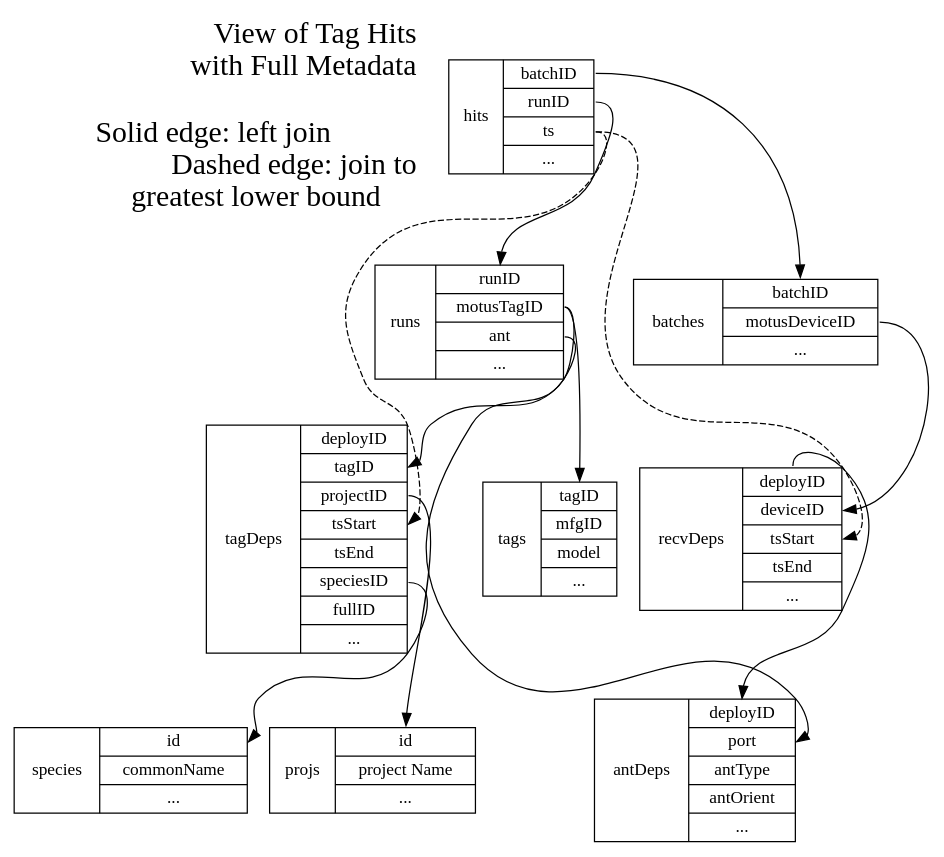
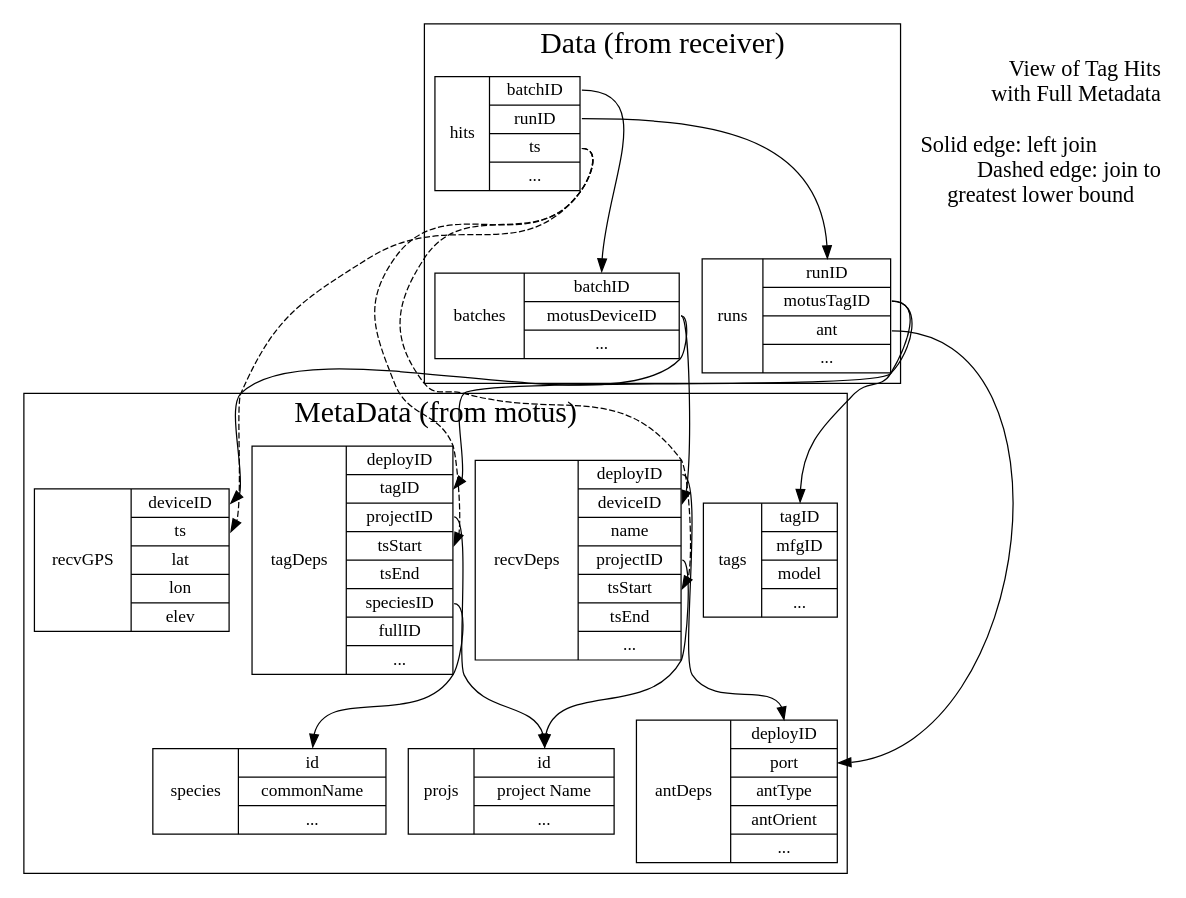
Before and after one commit to MotusWTS/motusServer: the diagram in src/tags_view_graph.dot, drawn with Graphviz. The commit also changed 1 other file, not shown here.

Commit message:
update join diagram to match tagview.R

```diff
--- a/src/tags_view_graph.dot
+++ b/src/tags_view_graph.dot
@@ -1,23 +1,35 @@
 digraph tags_join {
-        title [label="View of Tag Hits\rwith Full Metadata\r\lSolid edge: left join\lDashed edge: join to\rgreatest lower bound", shape=none, fontsize=24];
-        runs [shape=record,label="runs|{<runID>runID|<motusTagID>motusTagID|<ant>ant|...}"];
-        batches [shape=record,label="batches|{<batchID>batchID|<motusDeviceID>motusDeviceID|...}"];
-        hits [shape=record,label="hits|{<batchID>batchID|<runID>runID|<ts>ts|...}"];
-        tags [shape=record,label="tags|{<tagID>tagID|mfgID|model|...}"];
-        projs [shape=record,label="projs|{<id>id|project Name|...}"];
-        tagDeps [shape=record,label="tagDeps|{<deployID> deployID|<tagID>tagID|<projectID>projectID|<tsStart>tsStart|<tsEnd> tsEnd|<speciesID> speciesID|<fullID>fullID|...}"];
-        species [shape=record,label="species|{<id>id|commonName|...}"];
-        recvDeps [shape=record,label="recvDeps|{<deployID>deployID | <deviceID> deviceID|<tsStart> tsStart|<tsEnd> tsEnd|...}"];
-        antDeps [shape=record,label="antDeps|{<deployID>deployID |<port> port|<antType> antType|<antOrient> antOrient|...}"];
+        subgraph cluster_data {
+                runs [shape=record,label="runs|{<runID>runID|<motusTagID>motusTagID|<ant>ant|...}"];
+                batches [shape=record,label="batches|{<batchID>batchID|<motusDeviceID>motusDeviceID|...}"];
+                hits [shape=record,label="hits|{<batchID>batchID|<runID>runID|<ts>ts|...}"];
+                graph[label="Data (from receiver)", center=1, fontsize=24]
+        };
+        subgraph cluster_metadata {
+                tags [shape=record,label="tags|{<tagID>tagID|mfgID|model|...}"];
+                projs [shape=record,label="projs|{<id>id|project Name|...}"];
+                tagDeps [shape=record,label="tagDeps|{<deployID> deployID|<tagID>tagID|<projectID>projectID|<tsStart>tsStart|<tsEnd> tsEnd|<speciesID> speciesID|<fullID>fullID|...}"];
+                species [shape=record,label="species|{<id>id|commonName|...}"];
+                recvDeps [shape=record,label="recvDeps|{<deployID>deployID | <deviceID> deviceID|<name> name|<projectID> projectID|<tsStart> tsStart|<tsEnd> tsEnd|...}"];
+                recvGPS [shape=record,label="recvGPS|{<deviceID>deviceID | <ts> ts|<lat> lat|<lon> lon|<elev> elev}"];
+                antDeps [shape=record,label="antDeps|{<deployID>deployID |<port> port|<antType> antType|<antOrient> antOrient|...}"];
+                graph[label="MetaData (from motus)", center=1, fontsize=24]
+        }
+        title [label="View of Tag Hits\rwith Full Metadata\r\lSolid edge: left join\lDashed edge: join to\rgreatest lower bound", shape=none, fontsize=18];
         hits:runID            -> runs:runID;
         hits:batchID          -> batches:batchID;
         runs:ant              -> antDeps:port;
         runs:motusTagID       -> tagDeps:tagID;
         runs:motusTagID       -> tags:tagID;
         hits:ts               -> tagDeps:tsStart[style="dashed"];
         hits:ts               -> recvDeps:tsStart[style="dashed"];
+        hits:ts               -> recvGPS:ts[style="dashed"];
         batches:motusDeviceID -> recvDeps:deviceID;
         recvDeps:deployID     -> antDeps:deployID;
+        recvDeps:projectID    -> projs:id;
+        batches:motusDeviceID -> recvGPS:deviceID;
         tagDeps:speciesID     -> species:id;
         tagDeps:projectID     -> projs:id;
+        graph[center=1];
+
 }
```
